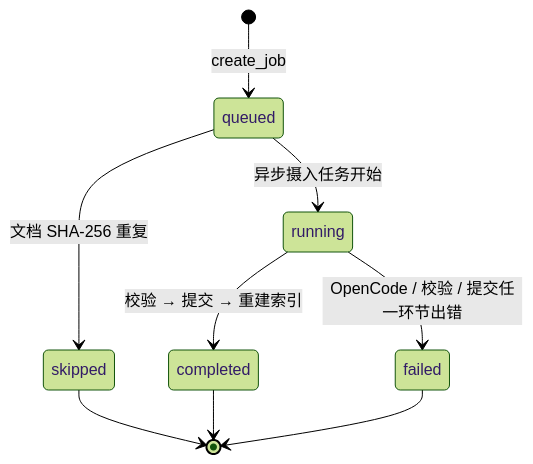
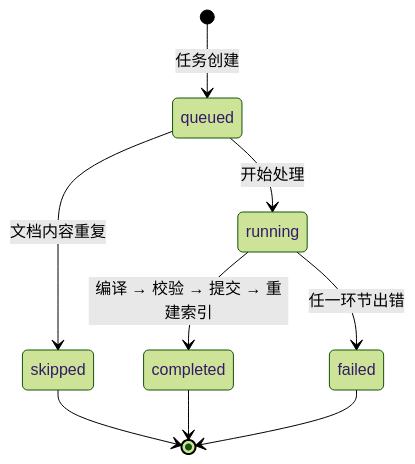
The fourth of 5 diagrams in README.md (xutianyi1999/noema), drawn with Mermaid (forest theme) before and after one commit. The commit also changed other lines of this file, not shown here.

````diff
--- a/README.md
+++ b/README.md
@@ -132,11 +149,11 @@
 ```mermaid
 stateDiagram-v2
-    [*] --> queued: create_job
-    queued --> skipped: 文档 SHA-256 重复
-    queued --> running: 异步摄入任务开始
-    running --> completed: 校验 → 提交 → 重建索引
-    running --> failed: OpenCode / 校验 / 提交任一环节出错
+    [*] --> queued: 任务创建
+    queued --> skipped: 文档内容重复
+    queued --> running: 开始处理
+    running --> completed: 编译 → 校验 → 提交 → 重建索引
+    running --> failed: 任一环节出错
     skipped --> [*]
     completed --> [*]
     failed --> [*]
 ```
````
